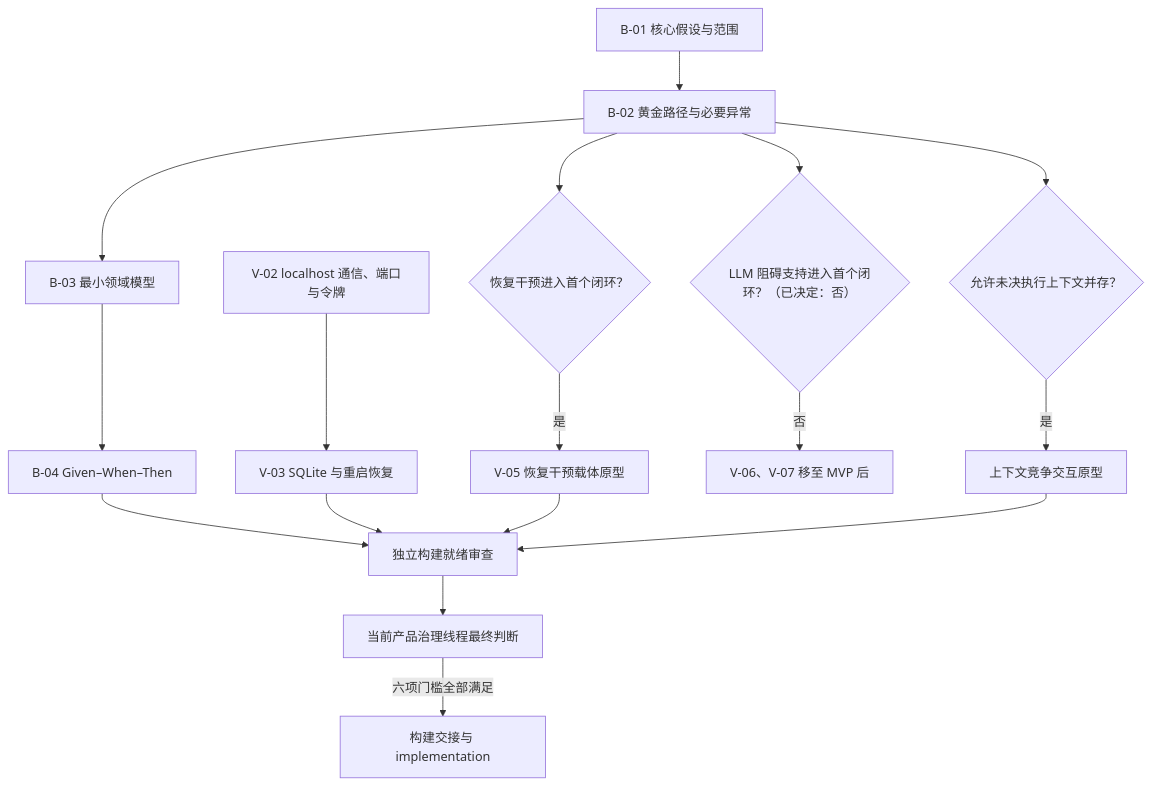
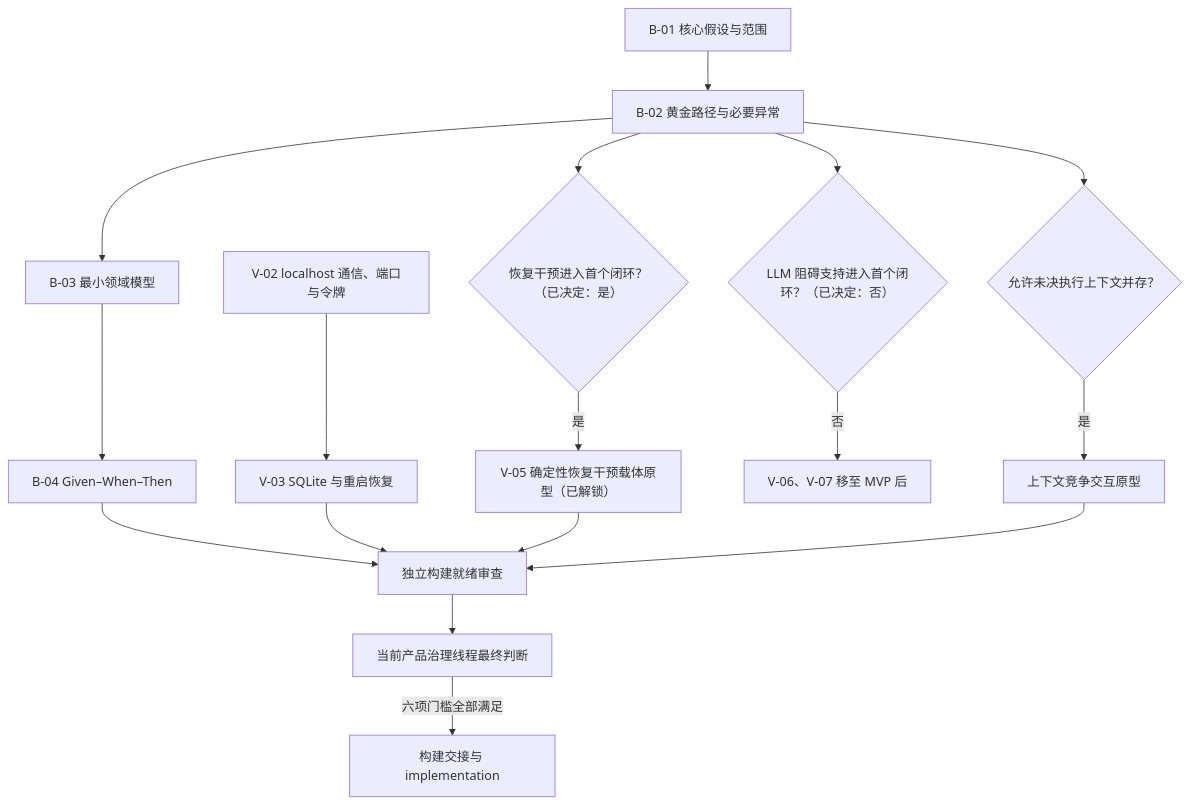
Before and after one commit to Annzival/ADHD-Support-System: the diagram in docs/product/mvp-session-orchestration.md, drawn with Mermaid. The commit also changed other lines of this file and 2 other files, not shown here.

Commit message:
docs: 将确定性恢复干预纳入首个 MVP

````diff
--- a/docs/product/mvp-session-orchestration.md
+++ b/docs/product/mvp-session-orchestration.md
@@ -33,21 +33,21 @@
 ```mermaid
 flowchart TD
     B01["B-01 核心假设与范围"] --> B02["B-02 黄金路径与必要异常"]
     B02 --> B03["B-03 最小领域模型"]
     B03 --> B04["B-04 Given–When–Then"]
 
     V02["V-02 localhost 通信、端口与令牌"] --> V03["V-03 SQLite 与重启恢复"]
-    B02 --> C1{"恢复干预进入首个闭环？"}
+    B02 --> C1{"恢复干预进入首个闭环？（已决定：是）"}
     B02 --> C2{"LLM 阻碍支持进入首个闭环？（已决定：否）"}
     B02 --> C3{"允许未决执行上下文并存？"}
-    C1 -->|是| V05["V-05 恢复干预载体原型"]
+    C1 -->|是| V05["V-05 确定性恢复干预载体原型（已解锁）"]
     C2 -->|否| P2["V-06、V-07 移至 MVP 后"]
     C3 -->|是| VX["上下文竞争交互原型"]
 
     B04 --> A["独立构建就绪审查"]
     V03 --> A
     V05 --> A
     VX --> A
     A --> G["当前产品治理线程最终判断"]
     G -->|六项门槛全部满足| I["构建交接与 implementation"]
 ```
````
